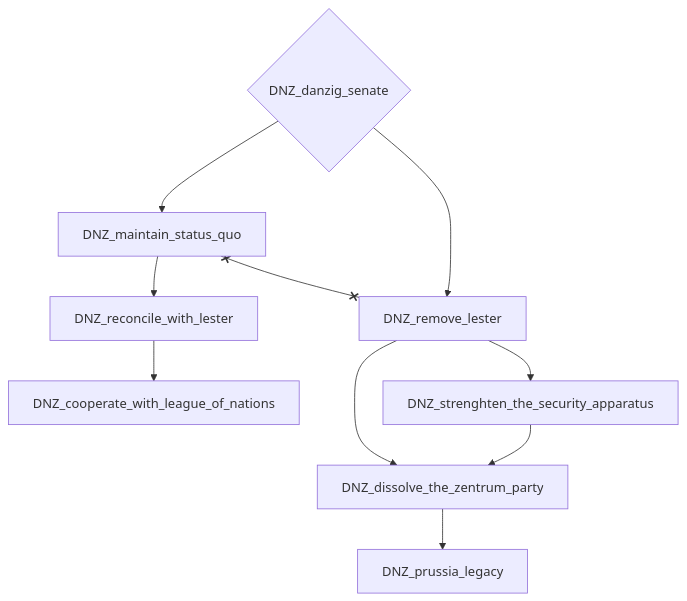
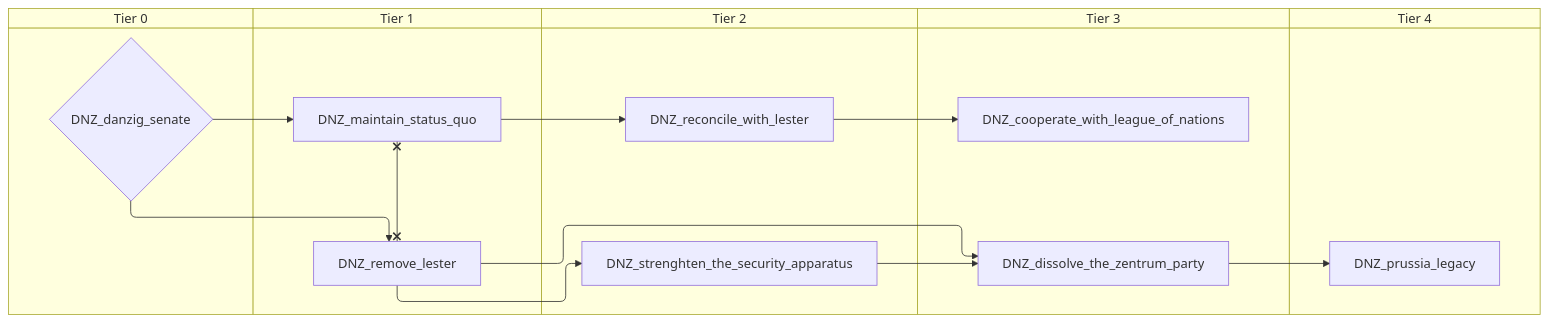
One commit to evgeny-sobol/hoi4-sandbox-mode-r56 changed the first of 3 diagrams in docs/gdd/National Focuses/Danzig.md. Above: the diagram before and after it, drawn with Mermaid. The commit also changed other lines of this file and 423 other files, not shown here.

First line of the commit message:
Re-export Rt56 focus trees as swimlane diagrams

````diff
--- a/docs/gdd/National Focuses/Danzig.md
+++ b/docs/gdd/National Focuses/Danzig.md
@@ -3,20 +3,30 @@
 ```mermaid
-flowchart TD
-    n1["DNZ_cooperate_with_league_of_nations"]
-    n2{"DNZ_danzig_senate"}
-    n3["DNZ_dissolve_the_zentrum_party"]
-    n4["DNZ_maintain_status_quo"]
-    n5["DNZ_prussia_legacy"]
-    n6["DNZ_reconcile_with_lester"]
-    n7["DNZ_remove_lester"]
-    n8["DNZ_strenghten_the_security_apparatus"]
-    n6 --> n1
-    n7 --> n3
-    n8 --> n3
+swimlane-beta TD
+    subgraph tier_0["Tier 0"]
+        n1{"DNZ_danzig_senate"}
+    end
+    subgraph tier_1["Tier 1"]
+        n2["DNZ_maintain_status_quo"]
+        n3["DNZ_remove_lester"]
+    end
+    subgraph tier_2["Tier 2"]
+        n4["DNZ_reconcile_with_lester"]
+        n5["DNZ_strenghten_the_security_apparatus"]
+    end
+    subgraph tier_3["Tier 3"]
+        n6["DNZ_cooperate_with_league_of_nations"]
+        n7["DNZ_dissolve_the_zentrum_party"]
+    end
+    subgraph tier_4["Tier 4"]
+        n8["DNZ_prussia_legacy"]
+    end
+    n4 --> n6
+    n3 --> n7
+    n5 --> n7
+    n1 --> n2
+    n7 --> n8
     n2 --> n4
+    n1 --> n3
     n3 --> n5
-    n4 --> n6
-    n2 --> n7
-    n7 --> n8
-    n4 x--x n7
+    n2 x--x n3
 ```
````
